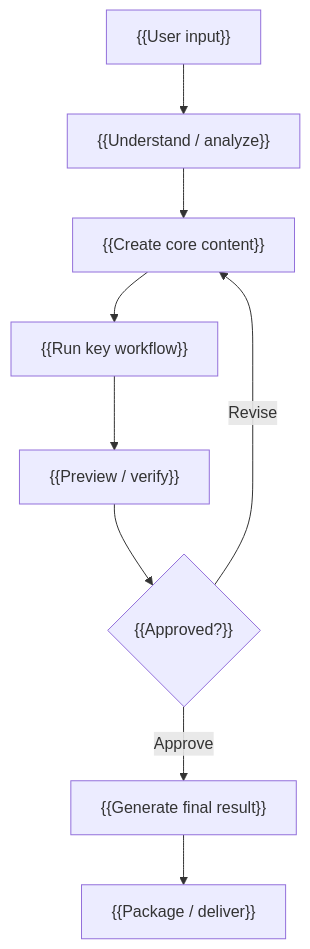
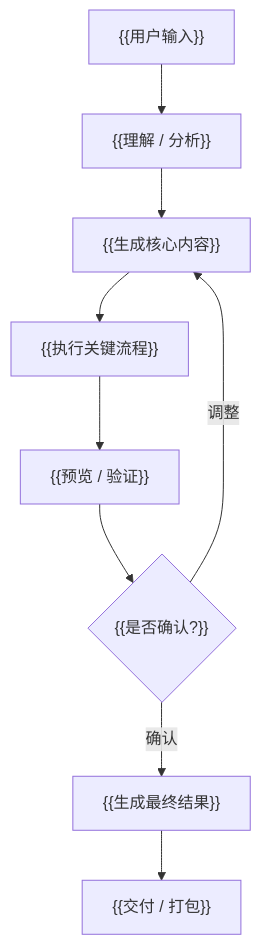
One commit to chemny/GitHub-skill-publisher changed the diagram in templates/README.md. Above: the diagram before and after it, drawn with Mermaid. The commit also changed other lines of this file and 18 other files, not shown here.

````diff
--- a/templates/README.md
+++ b/templates/README.md
@@ -35,11 +35,11 @@
 ```mermaid
 flowchart TD
-    A["{{User input}}"] --> B["{{Understand / analyze}}"]
-    B --> C["{{Create core content}}"]
-    C --> D["{{Run key workflow}}"]
-    D --> E["{{Preview / verify}}"]
-    E --> F{"{{Approved?}}"}
-    F -- "Revise" --> C
-    F -- "Approve" --> G["{{Generate final result}}"]
-    G --> H["{{Package / deliver}}"]
+    A["{{用户输入}}"] --> B["{{理解 / 分析}}"]
+    B --> C["{{生成核心内容}}"]
+    C --> D["{{执行关键流程}}"]
+    D --> E["{{预览 / 验证}}"]
+    E --> F{"{{是否确认?}}"}
+    F -- "调整" --> C
+    F -- "确认" --> G["{{生成最终结果}}"]
+    G --> H["{{交付 / 打包}}"]
 ```
````
